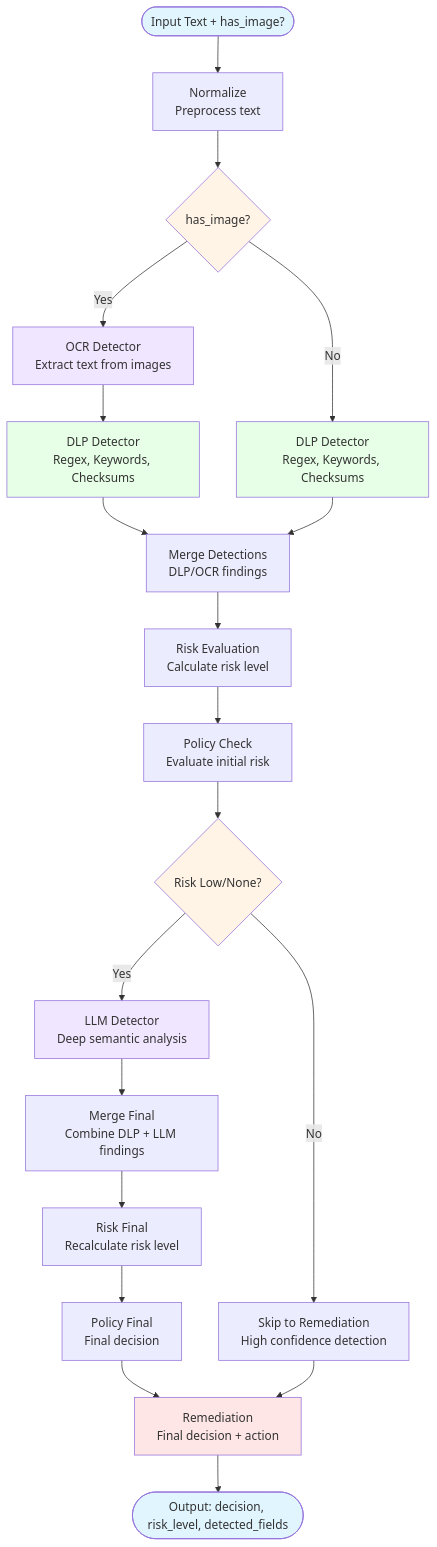
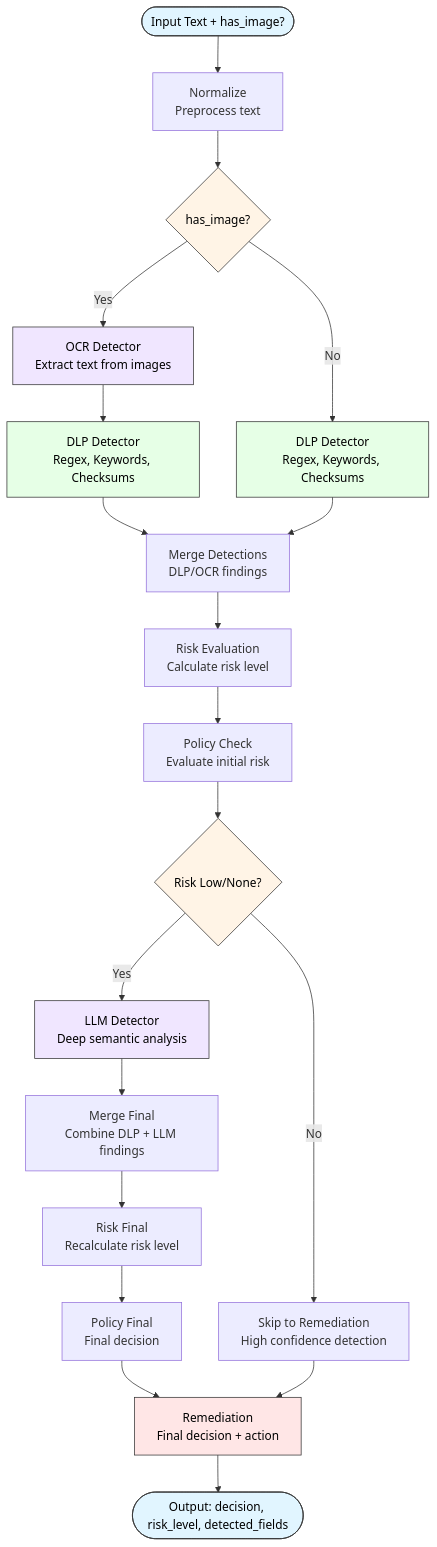
Before and after one commit to xHugo21/sensitive-data-detector: the diagram in multiagent-firewall/README.md, drawn with Mermaid.

Commit message:
style: set font black mermaid graph

````diff
--- a/multiagent-firewall/README.md
+++ b/multiagent-firewall/README.md
@@ -9,39 +9,39 @@
 ```mermaid
 flowchart TD
     Start([Input Text + has_image?]) --> Normalize[Normalize<br/>Preprocess text]
     Normalize --> HasImage{has_image?}
     
     HasImage -->|Yes| OCR[OCR Detector<br/>Extract text from images]
     HasImage -->|No| DLP1[DLP Detector<br/>Regex, Keywords, Checksums]
     
     OCR --> DLP2[DLP Detector<br/>Regex, Keywords, Checksums]
     DLP2 --> MergeDLP
     DLP1 --> MergeDLP[Merge Detections<br/>DLP/OCR findings]
     
     MergeDLP --> RiskDLP[Risk Evaluation<br/>Calculate risk level]
     RiskDLP --> PolicyDLP[Policy Check<br/>Evaluate initial risk]
     
     PolicyDLP --> LowRisk{Risk Low/None?}
     
     LowRisk -->|Yes| LLM[LLM Detector<br/>Deep semantic analysis]
     LowRisk -->|No| SkipLLM[Skip to Remediation<br/>High confidence detection]
     
     LLM --> MergeFinal[Merge Final<br/>Combine DLP + LLM findings]
     MergeFinal --> RiskFinal[Risk Final<br/>Recalculate risk level]
     RiskFinal --> PolicyFinal[Policy Final<br/>Final decision]
     
     PolicyFinal --> Remediation
     SkipLLM --> Remediation[Remediation<br/>Final decision + action]
     
     Remediation --> End([Output: decision, risk_level, detected_fields])
     
-    style Start fill:#e1f5ff
-    style End fill:#e1f5ff
-    style HasImage fill:#fff4e6
-    style LowRisk fill:#fff4e6
-    style LLM fill:#f0e6ff
-    style OCR fill:#f0e6ff
-    style DLP1 fill:#e6ffe6
-    style DLP2 fill:#e6ffe6
-    style Remediation fill:#ffe6e6
+    style Start fill:#e1f5ff,stroke:#333,color:#000
+    style End fill:#e1f5ff,stroke:#333,color:#000
+    style HasImage fill:#fff4e6,stroke:#333,color:#000
+    style LowRisk fill:#fff4e6,stroke:#333,color:#000
+    style LLM fill:#f0e6ff,stroke:#333,color:#000
+    style OCR fill:#f0e6ff,stroke:#333,color:#000
+    style DLP1 fill:#e6ffe6,stroke:#333,color:#000
+    style DLP2 fill:#e6ffe6,stroke:#333,color:#000
+    style Remediation fill:#ffe6e6,stroke:#333,color:#000
 ```
````
